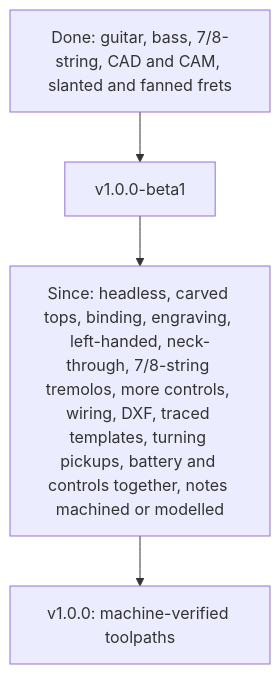
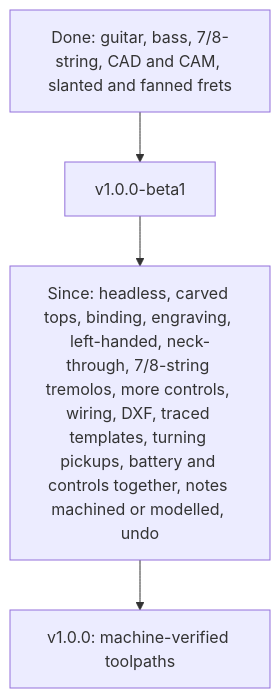
The diagram in ROADMAP.md (jolappi/CNCguitarwizard), drawn with Mermaid before and after one commit. The commit also changed other lines of this file and 6 other files, not shown here.

````diff
--- a/ROADMAP.md
+++ b/ROADMAP.md
@@ -90,6 +91,6 @@
 ```mermaid
 flowchart TD
     Done["Done: guitar, bass, 7/8-string, CAD and CAM, slanted and fanned frets"] --> Beta["v1.0.0-beta1"]
-    Beta --> More["Since: headless, carved tops, binding, engraving, left-handed, neck-through, 7/8-string tremolos, more controls, wiring, DXF, traced templates, turning pickups, battery and controls together, notes machined or modelled"]
+    Beta --> More["Since: headless, carved tops, binding, engraving, left-handed, neck-through, 7/8-string tremolos, more controls, wiring, DXF, traced templates, turning pickups, battery and controls together, notes machined or modelled, undo"]
     More --> V1["v1.0.0: machine-verified toolpaths"]
 ```
````
